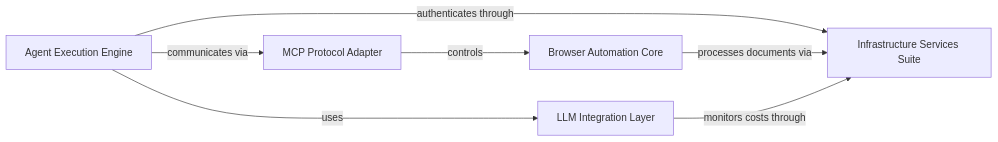
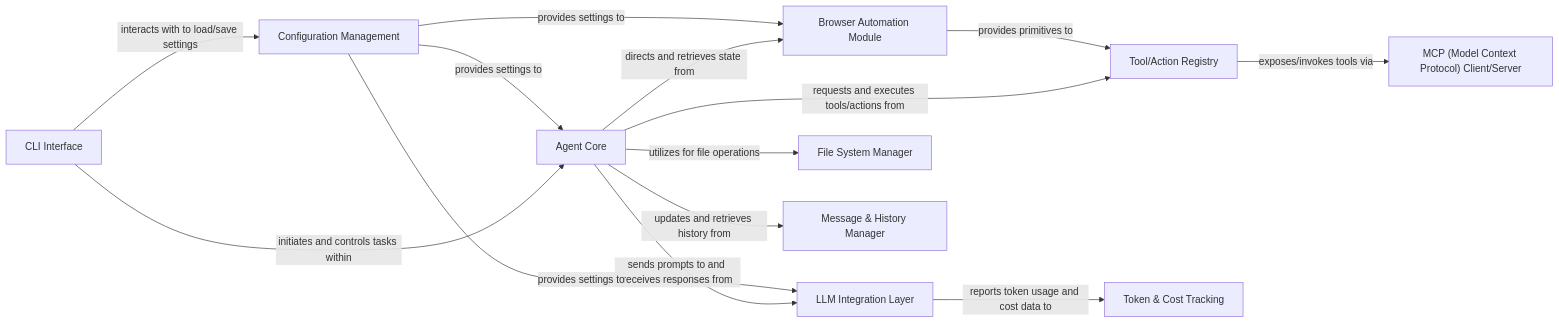
The diagram in browser-use/on_boarding.md (CodeBoarding/GeneratedOnBoardings), drawn with Mermaid before and after one commit. The commit also changed other lines of this file and 11 other files, not shown here.

````diff
--- a/browser-use/on_boarding.md
+++ b/browser-use/on_boarding.md
@@ -1,19 +1,33 @@
 ```mermaid
 graph LR
-    Agent_Execution_Engine["Agent Execution Engine"]
+    Agent_Core["Agent Core"]
     LLM_Integration_Layer["LLM Integration Layer"]
-    MCP_Protocol_Adapter["MCP Protocol Adapter"]
-    Browser_Automation_Core["Browser Automation Core"]
-    Infrastructure_Services_Suite["Infrastructure Services Suite"]
-    Agent_Execution_Engine -- "uses" --> LLM_Integration_Layer
-    Agent_Execution_Engine -- "authenticates through" --> Infrastructure_Services_Suite
-    Agent_Execution_Engine -- "communicates via" --> MCP_Protocol_Adapter
-    MCP_Protocol_Adapter -- "controls" --> Browser_Automation_Core
-    Browser_Automation_Core -- "processes documents via" --> Infrastructure_Services_Suite
-    LLM_Integration_Layer -- "monitors costs through" --> Infrastructure_Services_Suite
-    click Agent_Execution_Engine href "https://github.com/CodeBoarding/GeneratedOnBoardings/blob/main/browser-use/Agent_Execution_Engine.md" "Details"
+    Browser_Automation_Module["Browser Automation Module"]
+    Tool_Action_Registry["Tool/Action Registry"]
+    CLI_Interface["CLI Interface"]
+    MCP_Model_Context_Protocol_Client_Server["MCP (Model Context Protocol) Client/Server"]
+    Configuration_Management["Configuration Management"]
+    File_System_Manager["File System Manager"]
+    Message_History_Manager["Message & History Manager"]
+    Token_Cost_Tracking["Token & Cost Tracking"]
+    CLI_Interface -- "initiates and controls tasks within" --> Agent_Core
+    Agent_Core -- "sends prompts to and receives responses from" --> LLM_Integration_Layer
+    Agent_Core -- "requests and executes tools/actions from" --> Tool_Action_Registry
+    Agent_Core -- "directs and retrieves state from" --> Browser_Automation_Module
+    Agent_Core -- "utilizes for file operations" --> File_System_Manager
+    Agent_Core -- "updates and retrieves history from" --> Message_History_Manager
+    LLM_Integration_Layer -- "reports token usage and cost data to" --> Token_Cost_Tracking
+    Browser_Automation_Module -- "provides primitives to" --> Tool_Action_Registry
+    Tool_Action_Registry -- "exposes/invokes tools via" --> MCP_Model_Context_Protocol_Client_Server
+    CLI_Interface -- "interacts with to load/save settings" --> Configuration_Management
+    Configuration_Management -- "provides settings to" --> Agent_Core
+    Configuration_Management -- "provides settings to" --> LLM_Integration_Layer
+    Configuration_Management -- "provides settings to" --> Browser_Automation_Module
     click LLM_Integration_Layer href "https://github.com/CodeBoarding/GeneratedOnBoardings/blob/main/browser-use/LLM_Integration_Layer.md" "Details"
-    click MCP_Protocol_Adapter href "https://github.com/CodeBoarding/GeneratedOnBoardings/blob/main/browser-use/MCP_Protocol_Adapter.md" "Details"
-    click Browser_Automation_Core href "https://github.com/CodeBoarding/GeneratedOnBoardings/blob/main/browser-use/Browser_Automation_Core.md" "Details"
-    click Infrastructure_Services_Suite href "https://github.com/CodeBoarding/GeneratedOnBoardings/blob/main/browser-use/Infrastructure_Services_Suite.md" "Details"
+    click Browser_Automation_Module href "https://github.com/CodeBoarding/GeneratedOnBoardings/blob/main/browser-use/Browser_Automation_Module.md" "Details"
+    click Tool_Action_Registry href "https://github.com/CodeBoarding/GeneratedOnBoardings/blob/main/browser-use/Tool_Action_Registry.md" "Details"
+    click CLI_Interface href "https://github.com/CodeBoarding/GeneratedOnBoardings/blob/main/browser-use/CLI_Interface.md" "Details"
+    click MCP_Model_Context_Protocol_Client_Server href "https://github.com/CodeBoarding/GeneratedOnBoardings/blob/main/browser-use/MCP_Model_Context_Protocol_Client_Server.md" "Details"
+    click Configuration_Management href "https://github.com/CodeBoarding/GeneratedOnBoardings/blob/main/browser-use/Configuration_Management.md" "Details"
+    click Token_Cost_Tracking href "https://github.com/CodeBoarding/GeneratedOnBoardings/blob/main/browser-use/Token_Cost_Tracking.md" "Details"
 ```
````
